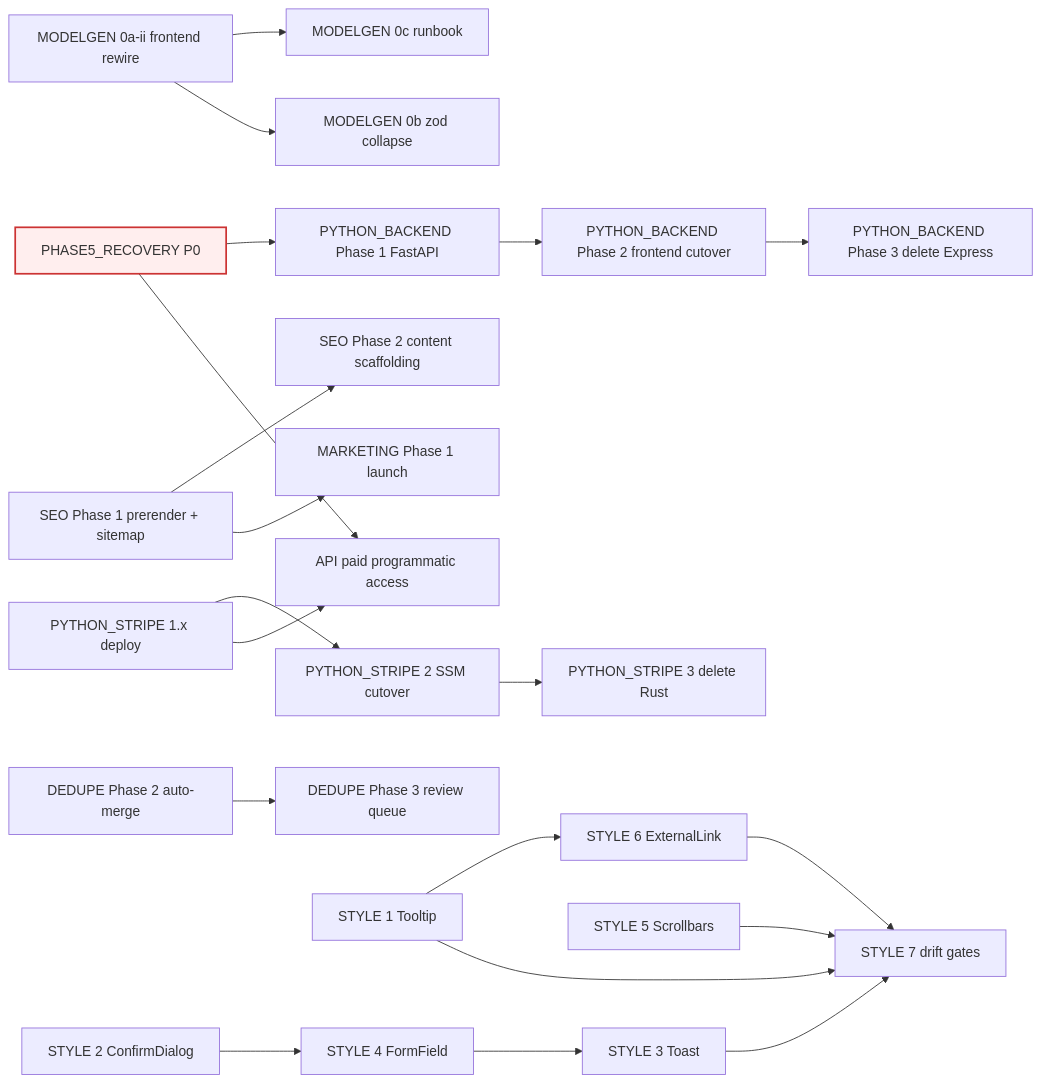
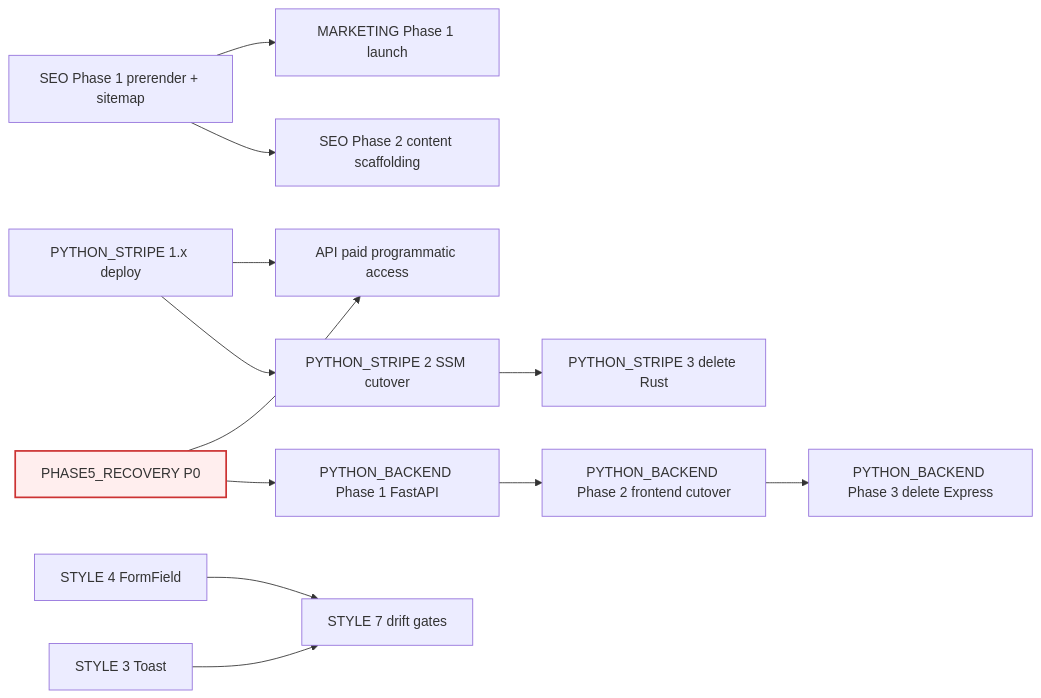
Before and after one commit to JimothyJohn/specodex: the first of 2 diagrams in todo/README.md, drawn with Mermaid. The commit also changed other lines of this file, not shown here.

First line of the commit message:
docs(readme): refresh snapshot for 2026-05-07 (post-merge cleanup)

````diff
--- a/todo/README.md
+++ b/todo/README.md
@@ -127,46 +126,29 @@
 ```mermaid
 graph LR
     P5[PHASE5_RECOVERY P0]
     PB1[PYTHON_BACKEND Phase 1 FastAPI]
     PB2[PYTHON_BACKEND Phase 2 frontend cutover]
     PB3[PYTHON_BACKEND Phase 3 delete Express]
-    M1[MODELGEN 0a-ii frontend rewire]
-    M2[MODELGEN 0b zod collapse]
-    M3[MODELGEN 0c runbook]
     S1[PYTHON_STRIPE 1.x deploy]
     S2[PYTHON_STRIPE 2 SSM cutover]
     S3[PYTHON_STRIPE 3 delete Rust]
     SEO1[SEO Phase 1 prerender + sitemap]
     SEO2[SEO Phase 2 content scaffolding]
     MK[MARKETING Phase 1 launch]
-    D2[DEDUPE Phase 2 auto-merge]
-    D3[DEDUPE Phase 3 review queue]
     API[API paid programmatic access]
-    ST1[STYLE 1 Tooltip]
-    ST6[STYLE 6 ExternalLink]
-    ST5[STYLE 5 Scrollbars]
-    ST2[STYLE 2 ConfirmDialog]
+    ST3[STYLE 3 Toast]
     ST4[STYLE 4 FormField]
-    ST3[STYLE 3 Toast]
     ST7[STYLE 7 drift gates]
 
     P5 --> PB1 --> PB2 --> PB3
     P5 --> API
     S1 --> S2 --> S3
     S1 --> API
-    M1 --> M3
-    M1 --> M2
     SEO1 --> SEO2
     SEO1 --> MK
-    D2 --> D3
-    ST1 --> ST6
-    ST2 --> ST4 --> ST3
-    ST1 --> ST7
-    ST5 --> ST7
-    ST6 --> ST7
     ST3 --> ST7
+    ST4 --> ST7
 
     classDef p0 fill:#fee,stroke:#c33,stroke-width:2px
-    classDef shipped fill:#efe,stroke:#393
     class P5 p0
 ```
````
